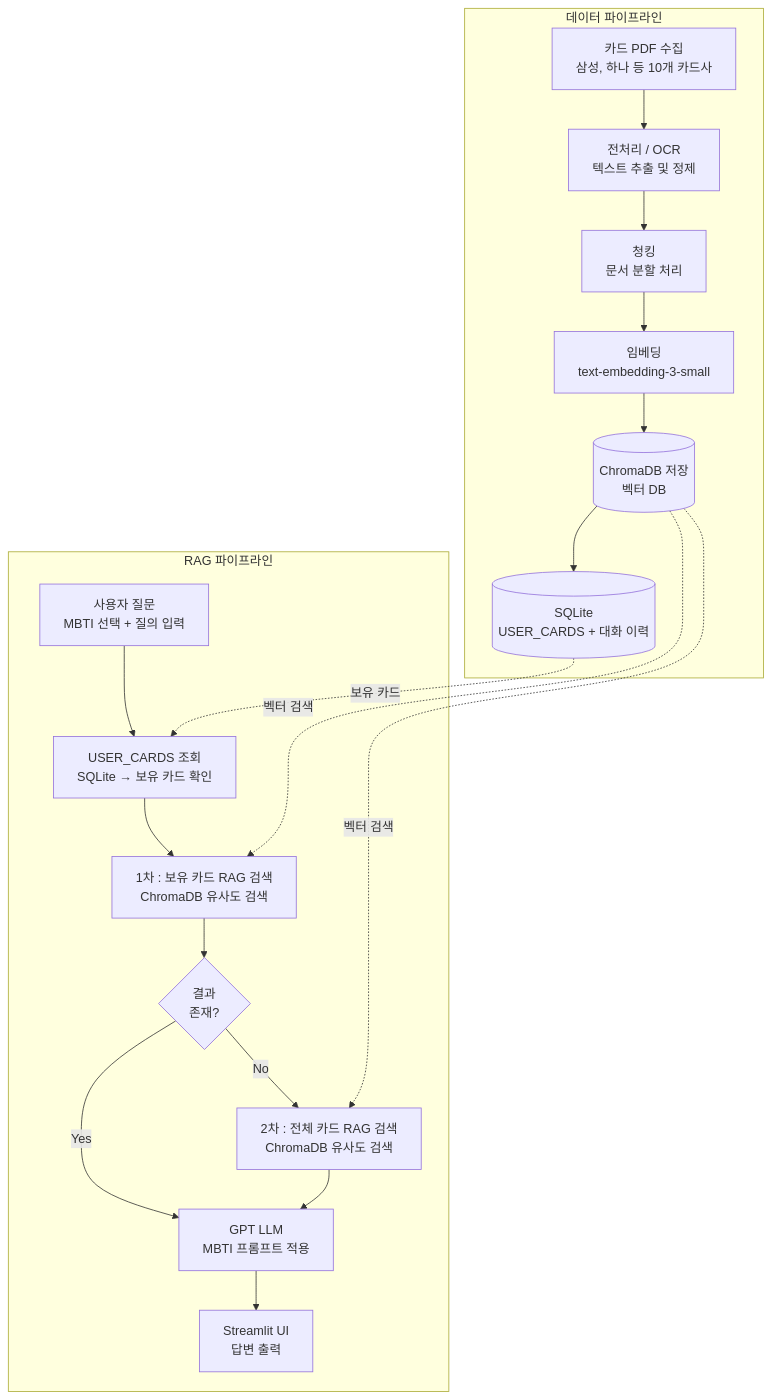
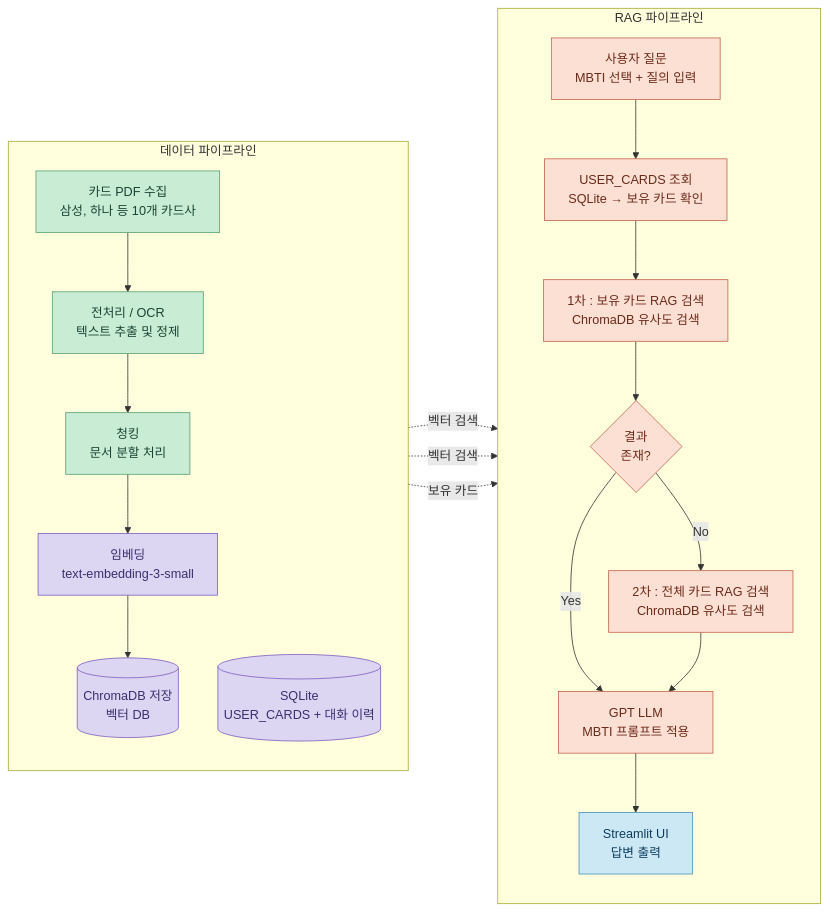
The first of 3 diagrams in README.md (SKNETWORKS-FAMILY-AICAMP/SKN25-3rd-6Team), drawn with Mermaid before and after one commit. The commit also changed other lines of this file, not shown here.

````diff
--- a/README.md
+++ b/README.md
@@ -121,24 +97,36 @@
 ```mermaid
-flowchart TB
+flowchart LR
     subgraph DATA["데이터 파이프라인"]
-        A["카드 PDF 수집\n삼성, 하나 등 10개 카드사"] --> B["전처리 / OCR\n텍스트 추출 및 정제"]
-        B --> C["청킹\n문서 분할 처리"]
-        C --> D["임베딩\ntext-embedding-3-small"]
-        D --> E[("ChromaDB 저장\n벡터 DB")]
-        E --> F[("SQLite\nUSER_CARDS + 대화 이력")]
+        direction TB
+        A["카드 PDF 수집\n삼성, 하나 등 10개 카드사"]:::green
+        B["전처리 / OCR\n텍스트 추출 및 정제"]:::green
+        C["청킹\n문서 분할 처리"]:::green
+        D["임베딩\ntext-embedding-3-small"]:::purple
+        E[("ChromaDB 저장\n벡터 DB")]:::purple
+        F[("SQLite\nUSER_CARDS + 대화 이력")]:::purple
+        A --> B --> C --> D --> E
     end
 
     subgraph RAG["RAG 파이프라인"]
-        G["사용자 질문\nMBTI 선택 + 질의 입력"] --> H["USER_CARDS 조회\nSQLite → 보유 카드 확인"]
-        H --> I["1차 : 보유 카드 RAG 검색\nChromaDB 유사도 검색"]
-        I --> J{"결과\n존재?"}
-        J -->|"Yes"| K["GPT LLM\nMBTI 프롬프트 적용"]
-        J -->|"No"| L["2차 : 전체 카드 RAG 검색\nChromaDB 유사도 검색"]
-        L --> K
-        K --> M["Streamlit UI\n답변 출력"]
+        direction TB
+        G["사용자 질문\nMBTI 선택 + 질의 입력"]:::salmon
+        H["USER_CARDS 조회\nSQLite → 보유 카드 확인"]:::salmon
+        I["1차 : 보유 카드 RAG 검색\nChromaDB 유사도 검색"]:::salmon
+        J{"결과\n존재?"}:::salmon
+        K["GPT LLM\nMBTI 프롬프트 적용"]:::salmon
+        L["2차 : 전체 카드 RAG 검색\nChromaDB 유사도 검색"]:::salmon
+        M["Streamlit UI\n답변 출력"]:::blue
+        G --> H --> I --> J
+        J -->|"Yes"| K
+        J -->|"No"| L --> K --> M
     end
 
     E -.->|"벡터 검색"| I
+    E -.->|"벡터 검색"| L
     F -.->|"보유 카드"| H
-    E -.->|"벡터 검색"| L
+
+    classDef green fill:#c8edd4,stroke:#5a9e6f,color:#1b4332
+    classDef purple fill:#ddd6f3,stroke:#7c5cbf,color:#3b2f6e
+    classDef salmon fill:#fde0d4,stroke:#c0634a,color:#6b2a1a
+    classDef blue fill:#cce8f4,stroke:#4a90b8,color:#0d3d5e
 ```
````
